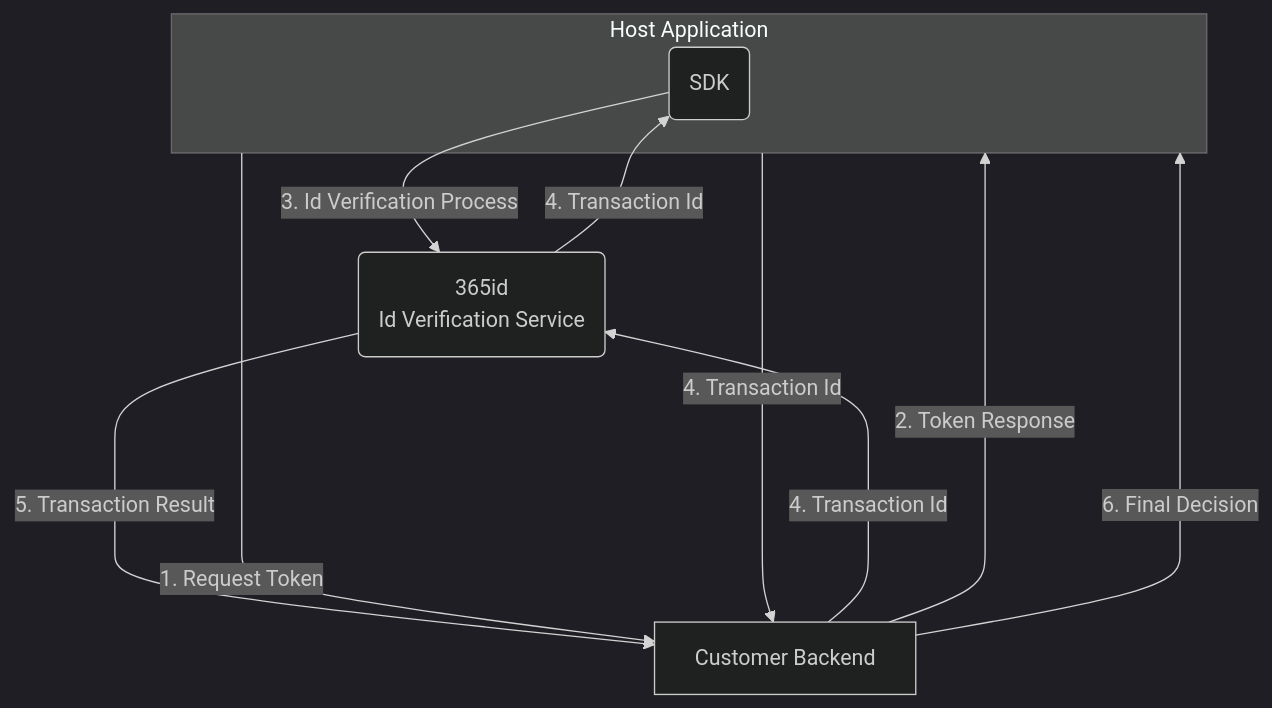
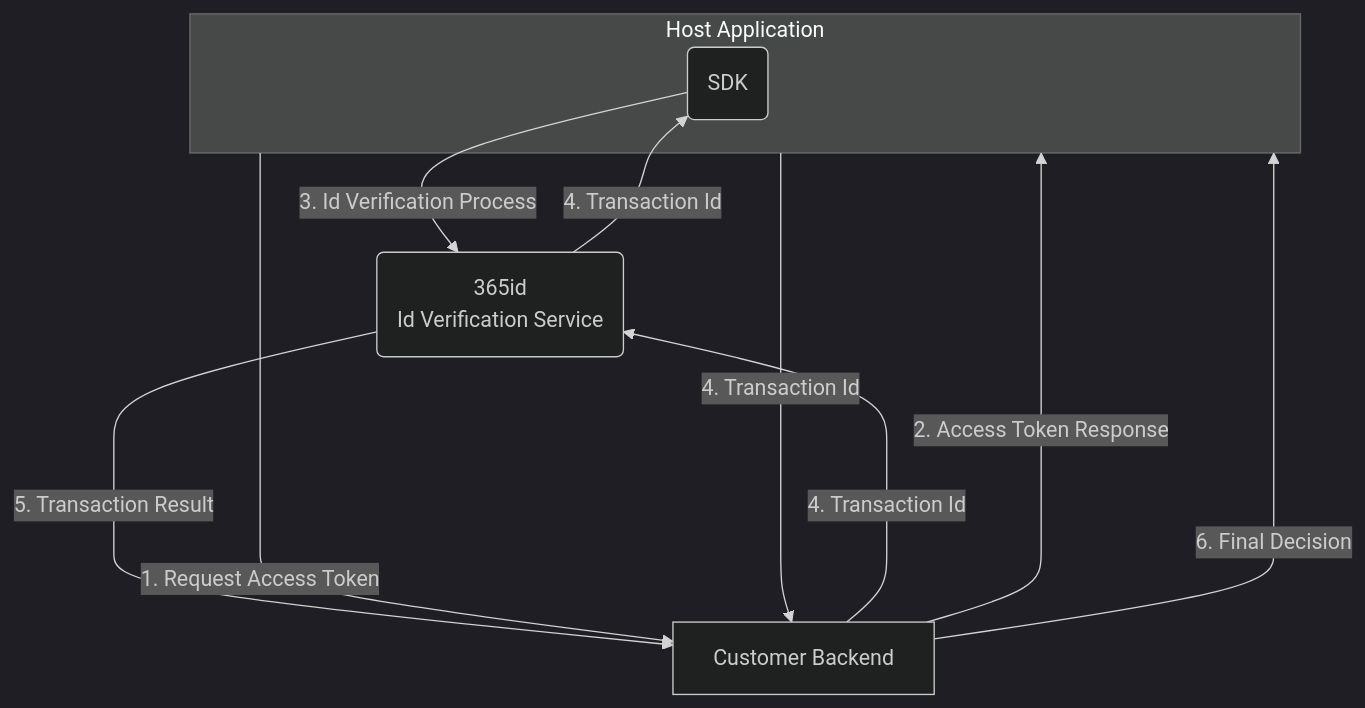
The first of 3 diagrams in README.md (365id-AB/idverification-ios), drawn with Mermaid (dark theme) before and after one commit. The commit also changed other lines of this file, not shown here.

````diff
--- a/README.md
+++ b/README.md
@@ -30,26 +28,26 @@
 ```mermaid
 
 flowchart
 
    subgraph HOSTAPP[Host Application]
       SDK(SDK)
    end   
 
    365IDCES(365id<br> Id Verification Service)
    
    CUSTEND[Customer Backend]
    
 
 
-   HOSTAPP --1. Request Token--> CUSTEND
-   CUSTEND --2. Token Response--> HOSTAPP
+   HOSTAPP --1. Request Access Token--> CUSTEND
+   CUSTEND --2. Access Token Response--> HOSTAPP
 
    SDK --3. Id Verification Process--> 365IDCES
 
    365IDCES --4. Transaction Id--> SDK
    CUSTEND --4. Transaction Id--> 365IDCES
    HOSTAPP --4. Transaction Id----> CUSTEND
 
    365IDCES --5. Transaction Result----> CUSTEND
    CUSTEND --6. Final Decision--> HOSTAPP
 ```
````
